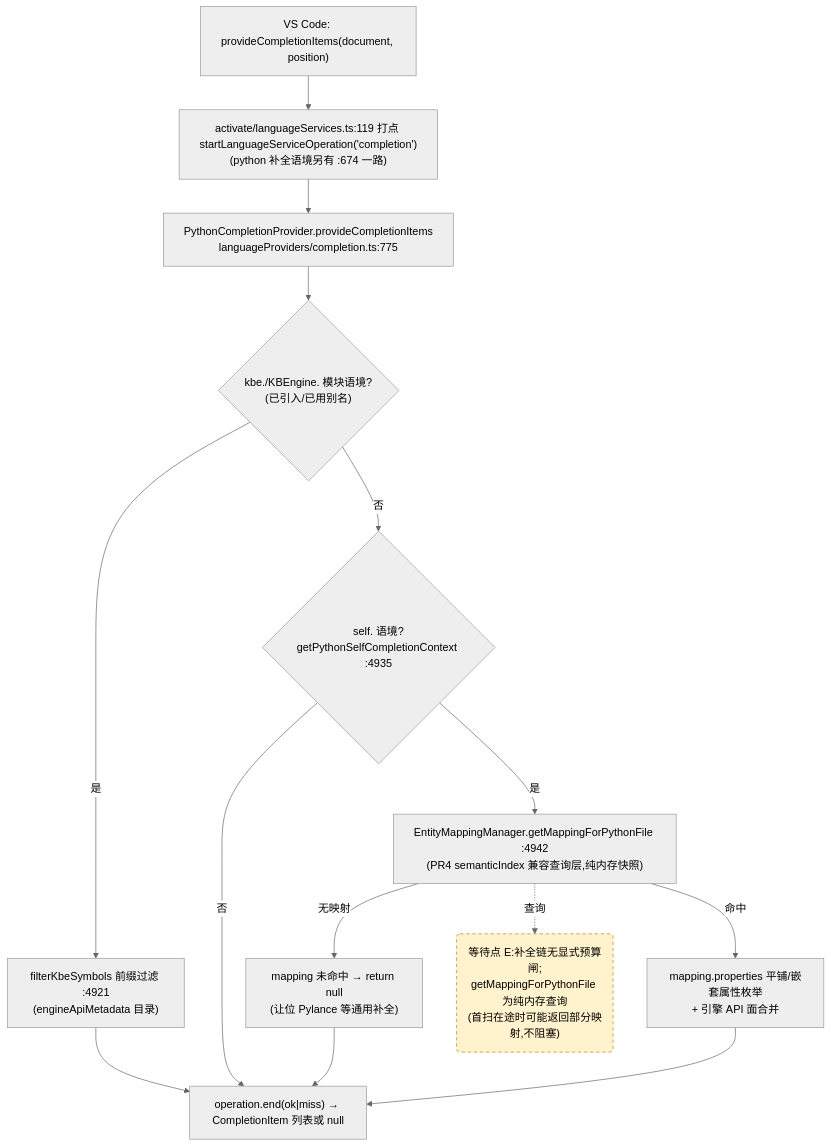
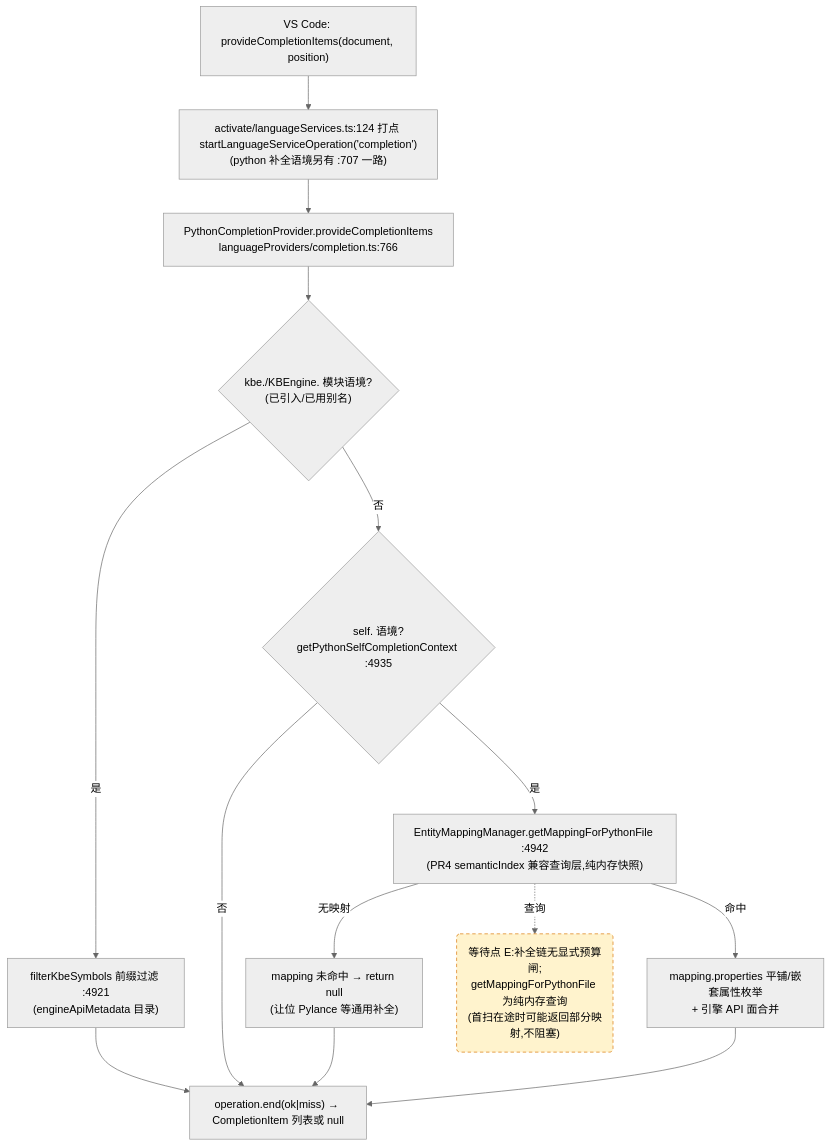
One commit to cuihairu/kode changed the third of 4 diagrams in docs/perf/2026-baseline.md. Above: the diagram before and after it, drawn with Mermaid (neutral theme). The commit also changed other lines of this file and 19 other files, not shown here.

````diff
--- a/docs/perf/2026-baseline.md
+++ b/docs/perf/2026-baseline.md
@@ -184,27 +186,27 @@
 ```mermaid
 flowchart TD
   VC3["VS Code: provideCompletionItems(document, position)"]
-  M3["activate/languageServices.ts:119 打点 startLanguageServiceOperation('completion')<br/>(python 补全语境另有 :674 一路)"]
-  CP["PythonCompletionProvider.provideCompletionItems<br/>languageProviders/completion.ts:775"]
+  M3["activate/languageServices.ts:124 打点 startLanguageServiceOperation('completion')<br/>(python 补全语境另有 :707 一路)"]
+  CP["PythonCompletionProvider.provideCompletionItems<br/>languageProviders/completion.ts:766"]
   KBEC{"kbe./KBEngine. 模块语境?<br/>(已引入/已用别名)"}
   FILTER["filterKbeSymbols 前缀过滤 :4921<br/>(engineApiMetadata 目录)"]
   SELFC{"self. 语境?<br/>getPythonSelfCompletionContext :4935"}
   MAP["EntityMappingManager.getMappingForPythonFile :4942<br/>(PR4 semanticIndex 兼容查询层,纯内存快照)"]
   NOMAP["mapping 未命中 → return null<br/>(让位 Pylance 等通用补全)"]
   PROPS["mapping.properties 平铺/嵌套属性枚举<br/>+ 引擎 API 面合并"]
   END3["operation.end(ok|miss) → CompletionItem 列表或 null"]
 
   VC3 --> M3 --> CP --> KBEC
   KBEC -- "是" --> FILTER --> END3
   KBEC -- "否" --> SELFC
   SELFC -- "否" --> END3
   SELFC -- "是" --> MAP
   MAP -- "无映射" --> NOMAP --> END3
   MAP -- "命中" --> PROPS --> END3
 
   WAITE("等待点 E:补全链无显式预算闸;<br/>getMappingForPythonFile 为纯内存查询<br/>(首扫在途时可能返回部分映射,不阻塞)")
   MAP -.->|查询| WAITE
 
   classDef waitPoint fill:#fff3cd,stroke:#d97706,stroke-dasharray:5 4;
   class WAITE waitPoint;
 ```
````
